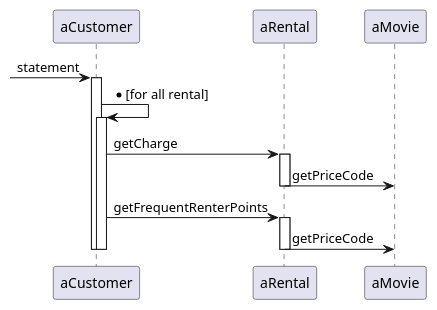
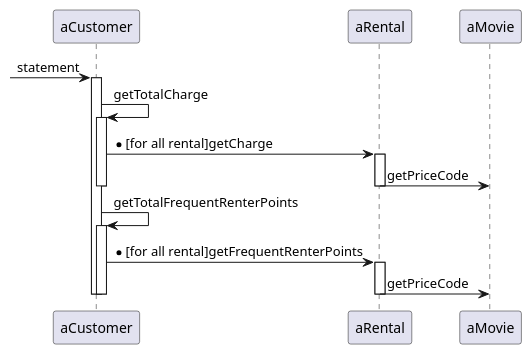
Before and after one commit to k2works/etude_for_java: the third of 3 diagrams in docs/src/refacotring.md, drawn with PlantUML. The commit also changed other lines of this file and 7 other files, not shown here.

````diff
--- a/docs/src/refacotring.md
+++ b/docs/src/refacotring.md
@@ -62,18 +64,21 @@
 ```puml
 @startuml
 -> aCustomer: statement
    activate aCustomer
-       aCustomer -> aCustomer :*[for all rental]
+       aCustomer -> aCustomer :getTotalCharge
        activate aCustomer
-           aCustomer -> aRental :getCharge
+           aCustomer -> aRental :*[for all rental]getCharge
            activate aRental
                aRental -> aMovie :getPriceCode   
-           deactivate aRental           
-           aCustomer -> aRental :getFrequentRenterPoints
+           deactivate aRental                 
+       deactivate aCustomer                             
+       aCustomer -> aCustomer :getTotalFrequentRenterPoints
+       activate aCustomer       
+           aCustomer -> aRental :*[for all rental]getFrequentRenterPoints
            activate aRental
                aRental -> aMovie :getPriceCode   
            deactivate aRental                      
        deactivate aCustomer
    deactivate aCustomer
 @enduml
 ```
````
